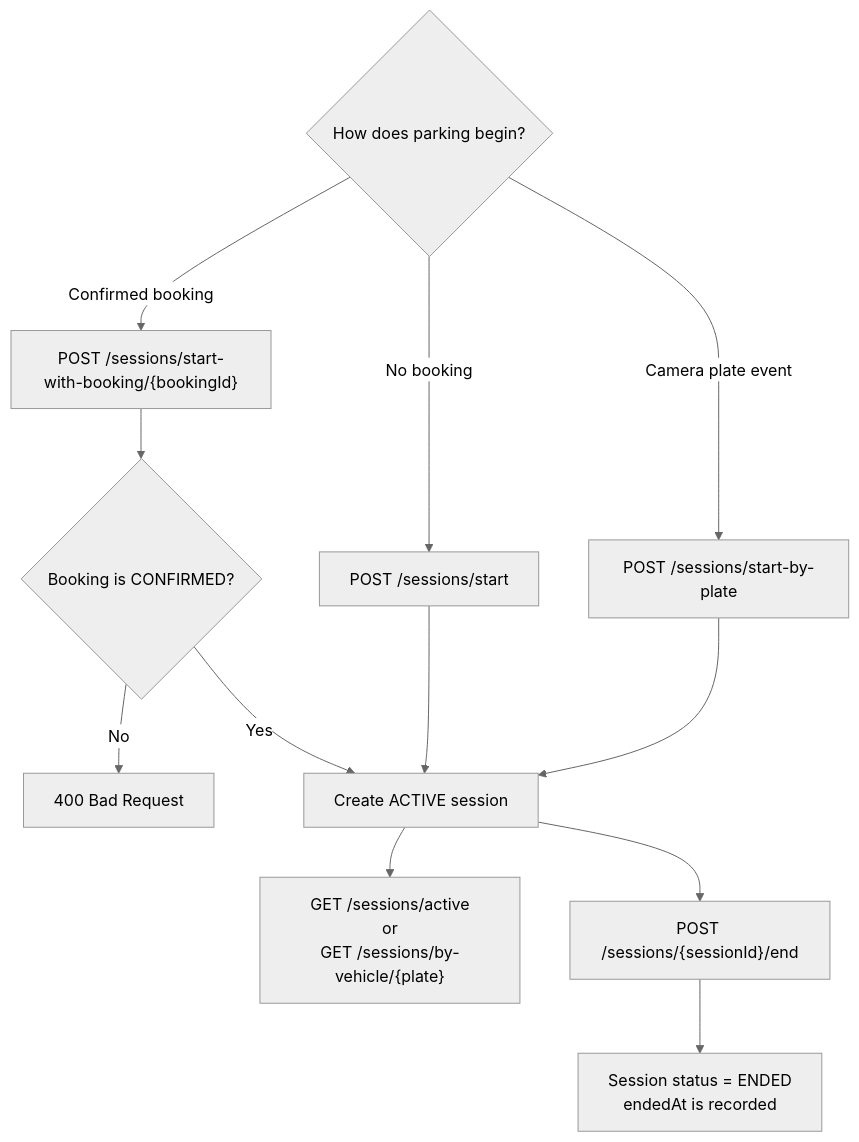
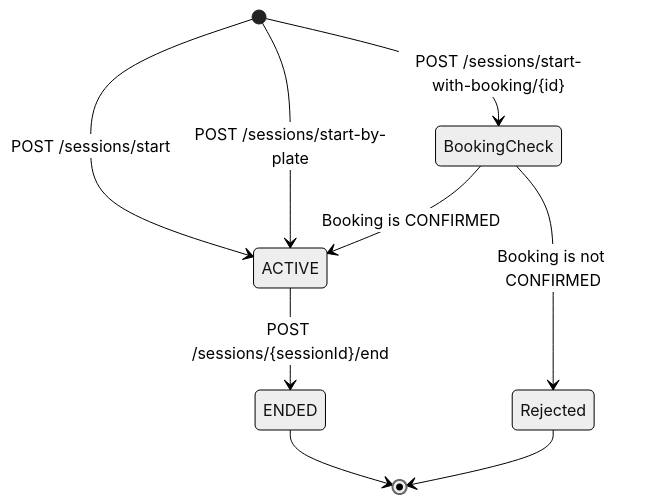
The seventh of 10 diagrams in Parking_Microservices_Architecture.md (sangeethadhatrika510-svg/test-parking-api-testing), drawn with Mermaid (neutral theme) before and after one commit. The commit also changed other lines of this file, not shown here.

First line of the commit message:
Update Parking_Microservices_Architecture.md

````diff
--- a/Parking_Microservices_Architecture.md
+++ b/Parking_Microservices_Architecture.md
@@ -156,31 +226,13 @@
 ```mermaid
-flowchart TD
-    Start{"How does parking begin?"}
+stateDiagram-v2
+    [*] --> ACTIVE: POST /sessions/start
+    [*] --> ACTIVE: POST /sessions/start-by-plate
+    [*] --> BookingCheck: POST /sessions/start-with-booking/{id}
 
-    AdHoc["POST /sessions/start"]
-    Booking["POST /sessions/start-with-booking/{bookingId}"]
-    Camera["POST /sessions/start-by-plate"]
+    BookingCheck --> ACTIVE: Booking is CONFIRMED
+    BookingCheck --> Rejected: Booking is not CONFIRMED
 
-    ValidateBooking{"Booking is CONFIRMED?"}
-    Reject["400 Bad Request"]
-    Active["Create ACTIVE session"]
-
-    Search["GET /sessions/active<br/>or<br/>GET /sessions/by-vehicle/{plate}"]
-    End["POST /sessions/{sessionId}/end"]
-    Ended["Session status = ENDED<br/>endedAt is recorded"]
-
-    Start -->|No booking| AdHoc
-    Start -->|Confirmed booking| Booking
-    Start -->|Camera plate event| Camera
-
-    Booking --> ValidateBooking
-    ValidateBooking -->|No| Reject
-    ValidateBooking -->|Yes| Active
-
-    AdHoc --> Active
-    Camera --> Active
-
-    Active --> Search
-    Active --> End
-    End --> Ended
+    ACTIVE --> ENDED: POST /sessions/{sessionId}/end
+    Rejected --> [*]
+    ENDED --> [*]
 ```
````
